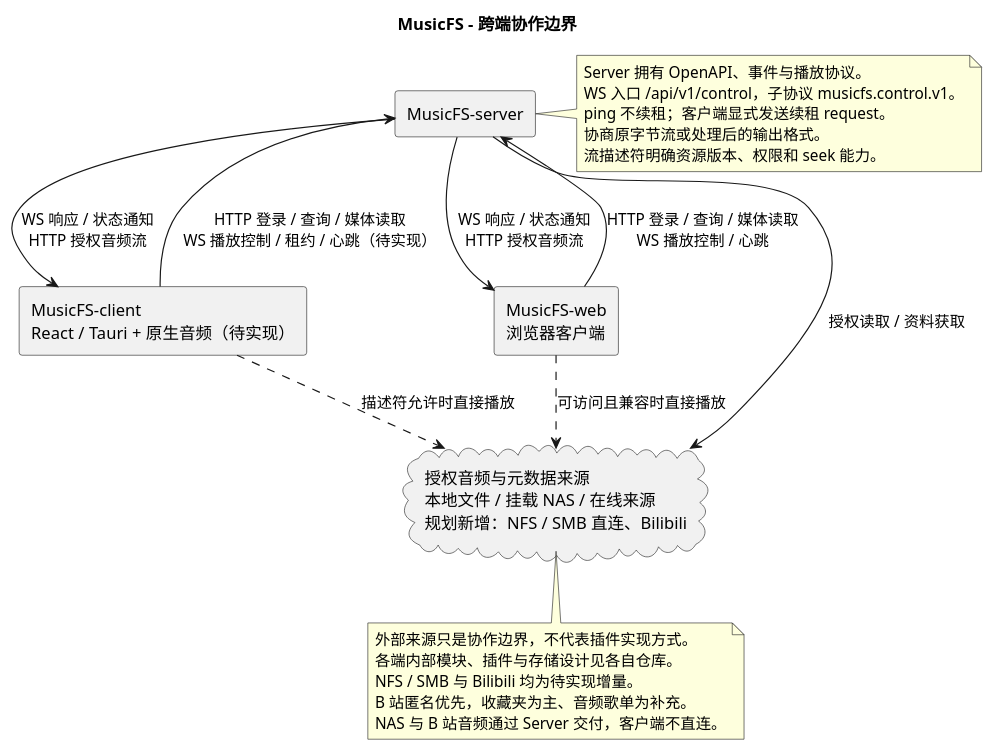
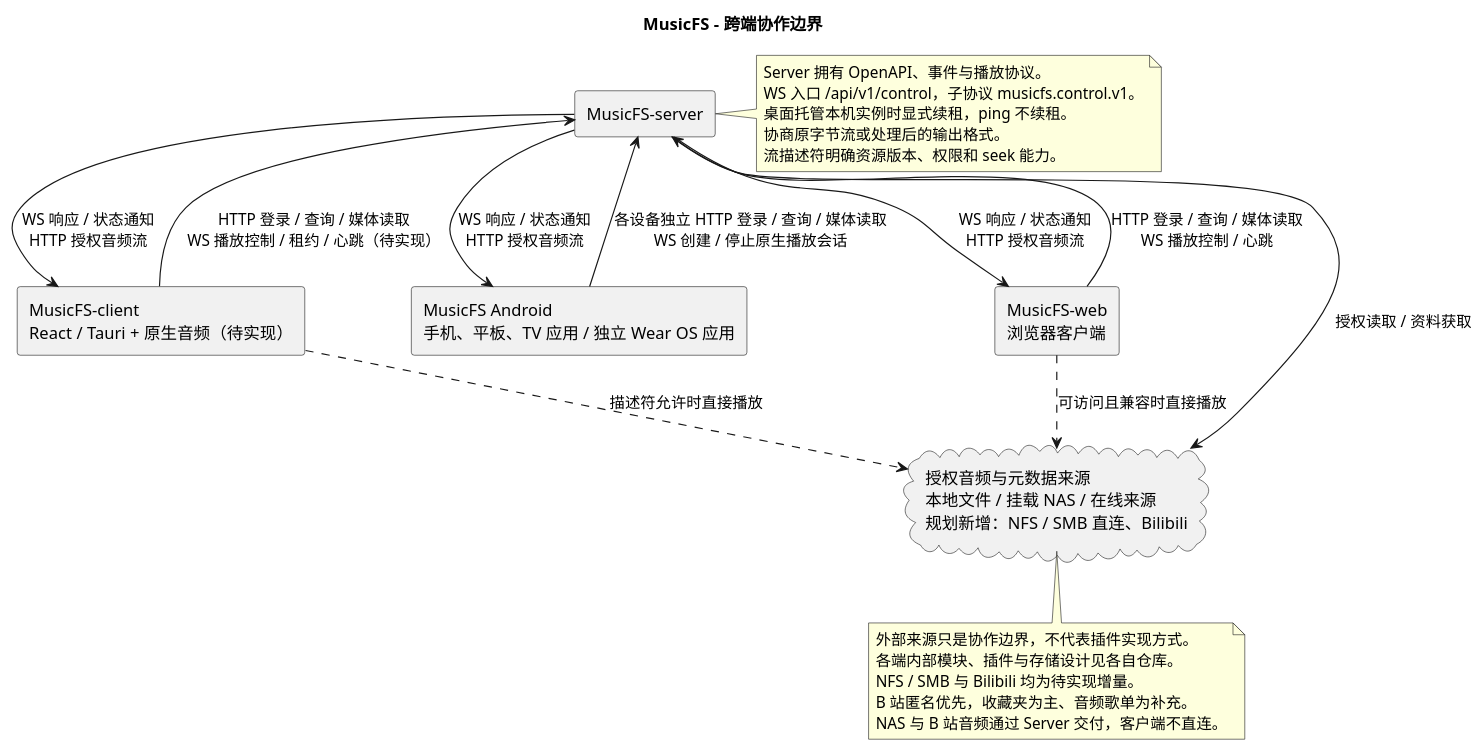
The diagram in docs/diagrams/components.puml (fnMrRice/MusicFS), drawn with PlantUML before and after one commit. The commit also changed 46 other files, not shown here.

```diff
--- a/docs/diagrams/components.puml
+++ b/docs/diagrams/components.puml
@@ -1,34 +1,37 @@
 @startuml
 title MusicFS - 跨端协作边界
 top to bottom direction
 skinparam componentStyle rectangle
 
 component "MusicFS-client\nReact / Tauri + 原生音频（待实现）" as Client
+component "MusicFS Android\n手机、平板、TV 应用 / 独立 Wear OS 应用" as Android
 component "MusicFS-web\n浏览器客户端" as Web
 component "MusicFS-server" as Server
 cloud "授权音频与元数据来源\n本地文件 / 挂载 NAS / 在线来源\n规划新增：NFS / SMB 直连、Bilibili" as Sources
 
 Client --> Server : HTTP 登录 / 查询 / 媒体读取\nWS 播放控制 / 租约 / 心跳（待实现）
+Android --> Server : 各设备独立 HTTP 登录 / 查询 / 媒体读取\nWS 创建 / 停止原生播放会话
 Web --> Server : HTTP 登录 / 查询 / 媒体读取\nWS 播放控制 / 心跳
 Server --> Client : WS 响应 / 状态通知\nHTTP 授权音频流
+Server --> Android : WS 响应 / 状态通知\nHTTP 授权音频流
 Server --> Web : WS 响应 / 状态通知\nHTTP 授权音频流
 Server --> Sources : 授权读取 / 资料获取
 Client ..> Sources : 描述符允许时直接播放
 Web ..> Sources : 可访问且兼容时直接播放
 
 note right of Server
   Server 拥有 OpenAPI、事件与播放协议。
   WS 入口 /api/v1/control，子协议 musicfs.control.v1。
-  ping 不续租；客户端显式发送续租 request。
+  桌面托管本机实例时显式续租，ping 不续租。
   协商原字节流或处理后的输出格式。
   流描述符明确资源版本、权限和 seek 能力。
 end note
 
 note bottom of Sources
   外部来源只是协作边界，不代表插件实现方式。
   各端内部模块、插件与存储设计见各自仓库。
   NFS / SMB 与 Bilibili 均为待实现增量。
   B 站匿名优先，收藏夹为主、音频歌单为补充。
   NAS 与 B 站音频通过 Server 交付，客户端不直连。
 end note
 @enduml
```
